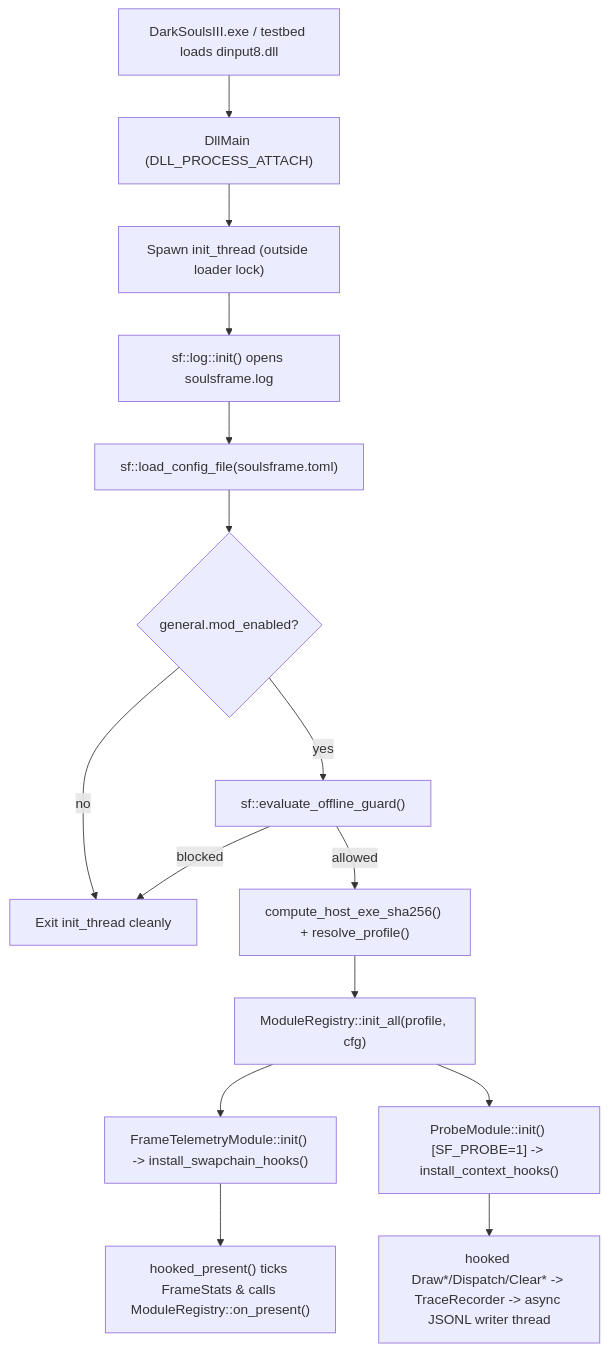
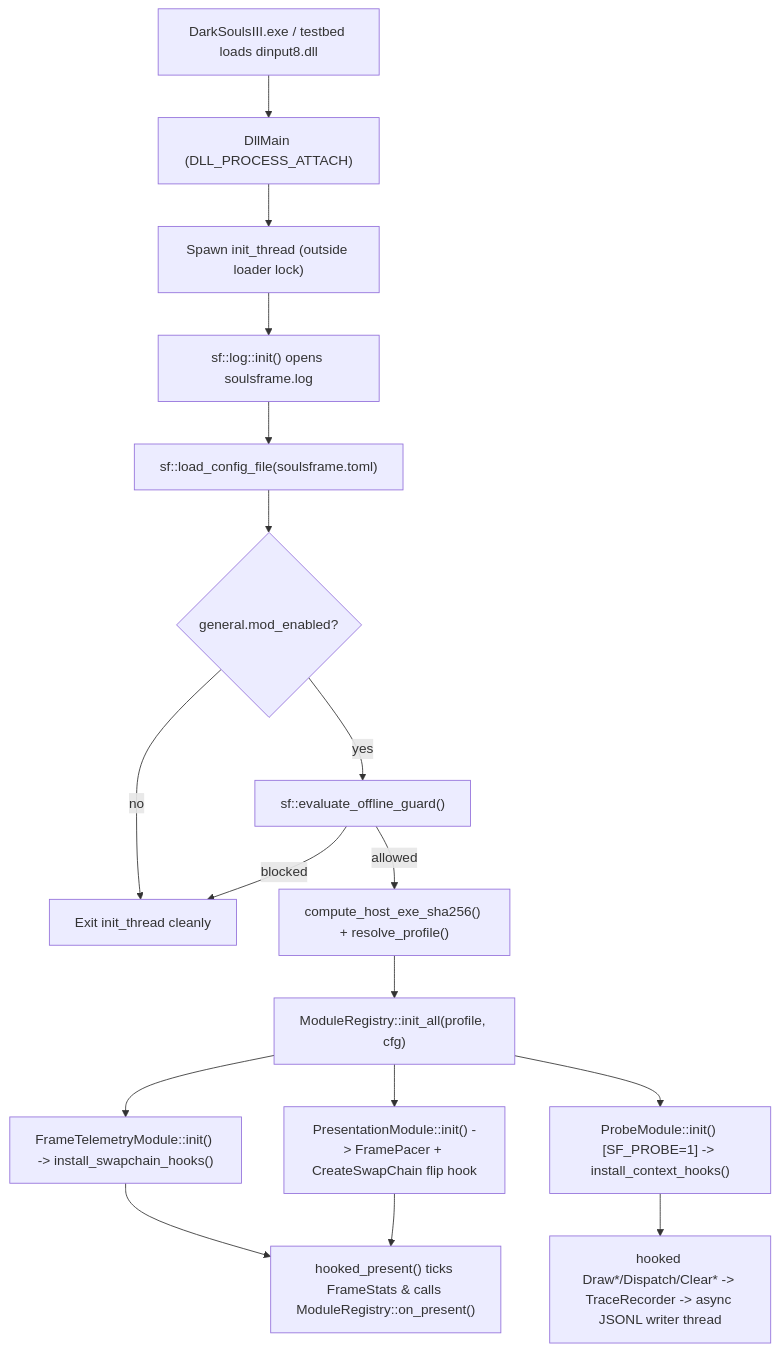
The diagram in docs/09-codebase-reference.md (hazalkoom/soulsframe), drawn with Mermaid before and after one commit. The commit also changed other lines of this file and 17 other files, not shown here.

Commit message:
feat(m5): implement DXGI flip-model policy and hybrid frame pacer

````diff
--- a/docs/09-codebase-reference.md
+++ b/docs/09-codebase-reference.md
@@ -7,17 +7,19 @@
 ```mermaid
 flowchart TD
   A["DarkSoulsIII.exe / testbed loads dinput8.dll"] --> B["DllMain (DLL_PROCESS_ATTACH)"]
   B --> C["Spawn init_thread (outside loader lock)"]
   C --> D["sf::log::init() opens soulsframe.log"]
   D --> E["sf::load_config_file(soulsframe.toml)"]
   E --> F{"general.mod_enabled?"}
   F -- no --> Z["Exit init_thread cleanly"]
   F -- yes --> G["sf::evaluate_offline_guard()"]
   G -- blocked --> Z
   G -- allowed --> H["compute_host_exe_sha256() + resolve_profile()"]
   H --> I["ModuleRegistry::init_all(profile, cfg)"]
   I --> J["FrameTelemetryModule::init() -> install_swapchain_hooks()"]
+  I --> M["PresentationModule::init() -> FramePacer + CreateSwapChain flip hook"]
   I --> P["ProbeModule::init() [SF_PROBE=1] -> install_context_hooks()"]
   J --> K["hooked_present() ticks FrameStats & calls ModuleRegistry::on_present()"]
+  M --> K
   P --> L["hooked Draw*/Dispatch/Clear* -> TraceRecorder -> async JSONL writer thread"]
 ```
````
